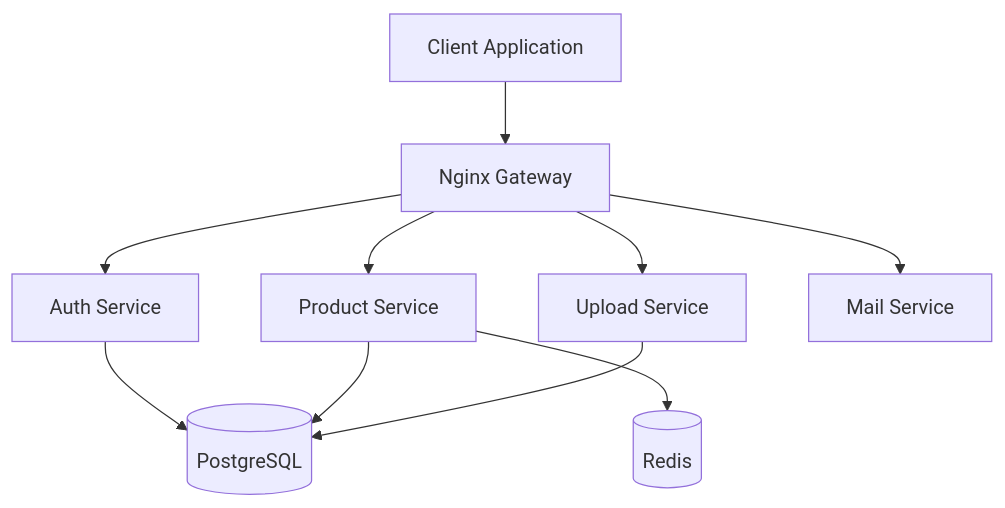
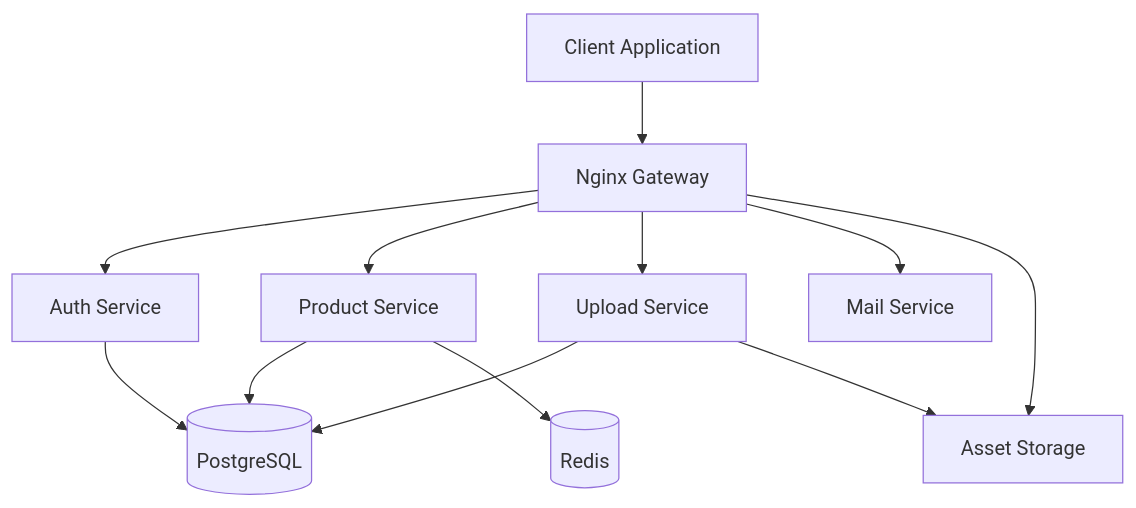
The diagram in README.md (alexandreg67/pim), drawn with Mermaid before and after one commit. The commit also changed other lines of this file, not shown here.

````diff
--- a/README.md
+++ b/README.md
@@ -42,22 +42,25 @@
 ```mermaid
 graph TD
     Client[Client Application]
     Gateway[Nginx Gateway]
     Auth[Auth Service]
     Product[Product Service]
     Upload[Upload Service]
     Mail[Mail Service]
+    Storage[Asset Storage]
     DB[(PostgreSQL)]
     Cache[(Redis)]
 
     Client --> Gateway
     Gateway --> Auth
     Gateway --> Product
     Gateway --> Upload
     Gateway --> Mail
+    Gateway --> Storage
     
     Auth --> DB
     Product --> DB
     Product --> Cache
     Upload --> DB
+    Upload --> Storage
 ```
````
